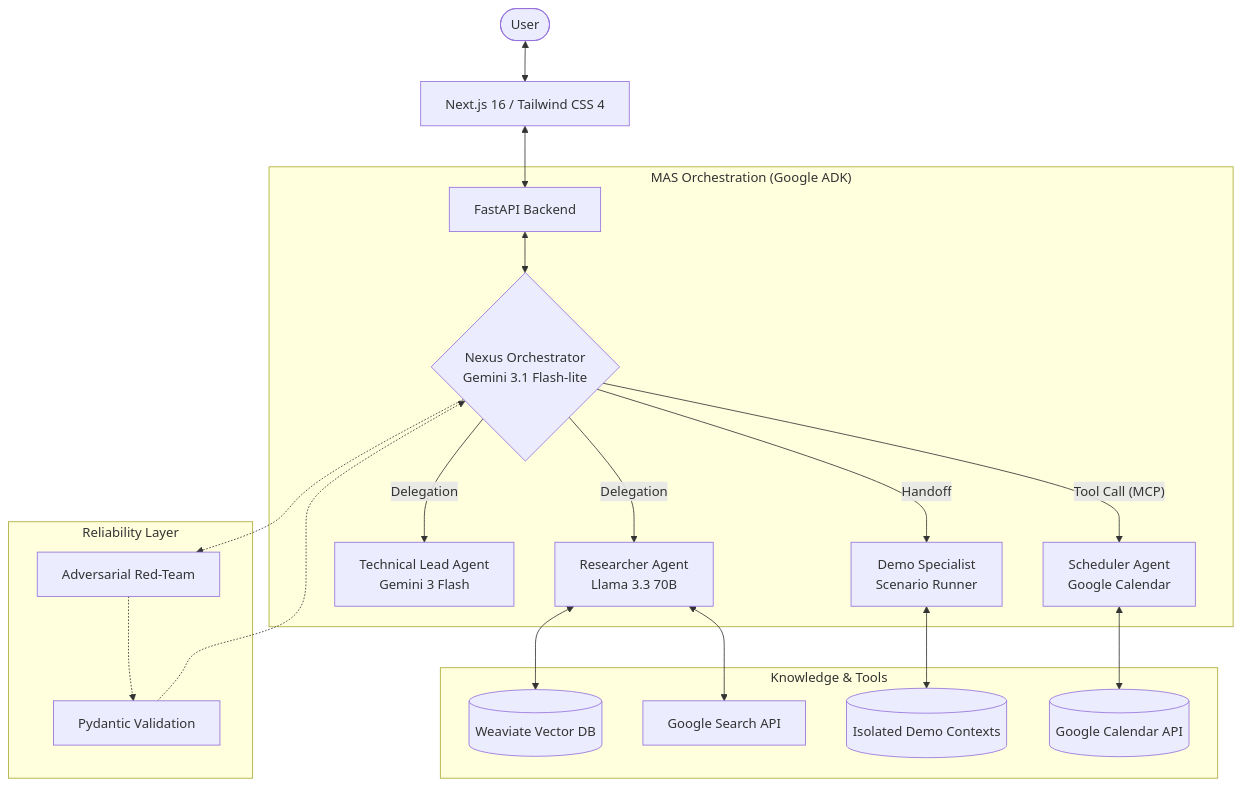
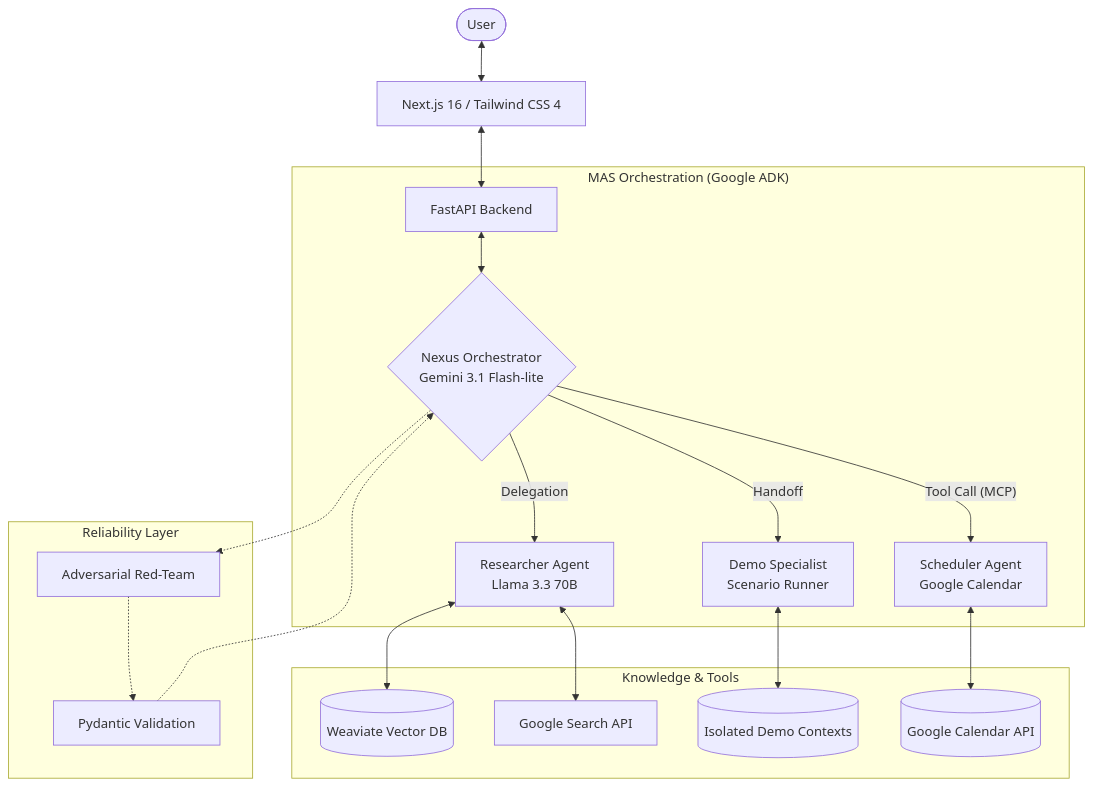
The diagram in README.md (Hou-dini/Hou-dini), drawn with Mermaid before and after one commit.

Commit message:
Remove delegation link to Technical Lead Agent
Removed the delegation link to the Technical Lead Agent.

````diff
--- a/README.md
+++ b/README.md
@@ -40,26 +40,25 @@
 ```mermaid
 graph TD
     User([User]) <--> Frontend[Next.js 16 / Tailwind CSS 4]
     Frontend <--> API[FastAPI Backend]
     
     subgraph "MAS Orchestration (Google ADK)"
         API <--> Nexus{Nexus Orchestrator<br/>Gemini 3.1 Flash-lite}
         Nexus -- "Delegation" --> Researcher[Researcher Agent<br/>Llama 3.3 70B]
-        Nexus -- "Delegation" --> TechLead[Technical Lead Agent<br/>Gemini 3 Flash]
         Nexus -- "Handoff" --> DemoSpec[Demo Specialist<br/>Scenario Runner]
         Nexus -- "Tool Call (MCP)" --> Scheduler[Scheduler Agent<br/>Google Calendar]
     end
 
     subgraph "Knowledge & Tools"
         Researcher <--> VectorDB[(Weaviate Vector DB)]
         Researcher <--> Search[Google Search API]
         DemoSpec <--> MockData[(Isolated Demo Contexts)]
         Scheduler <--> Calendar[(Google Calendar API)]
     end
 
     subgraph "Reliability Layer"
         Nexus -.-> RedTeam[Adversarial Red-Team]
         RedTeam -.-> Guardrails[Pydantic Validation]
         Guardrails -.-> Nexus
     end
 ```
````
